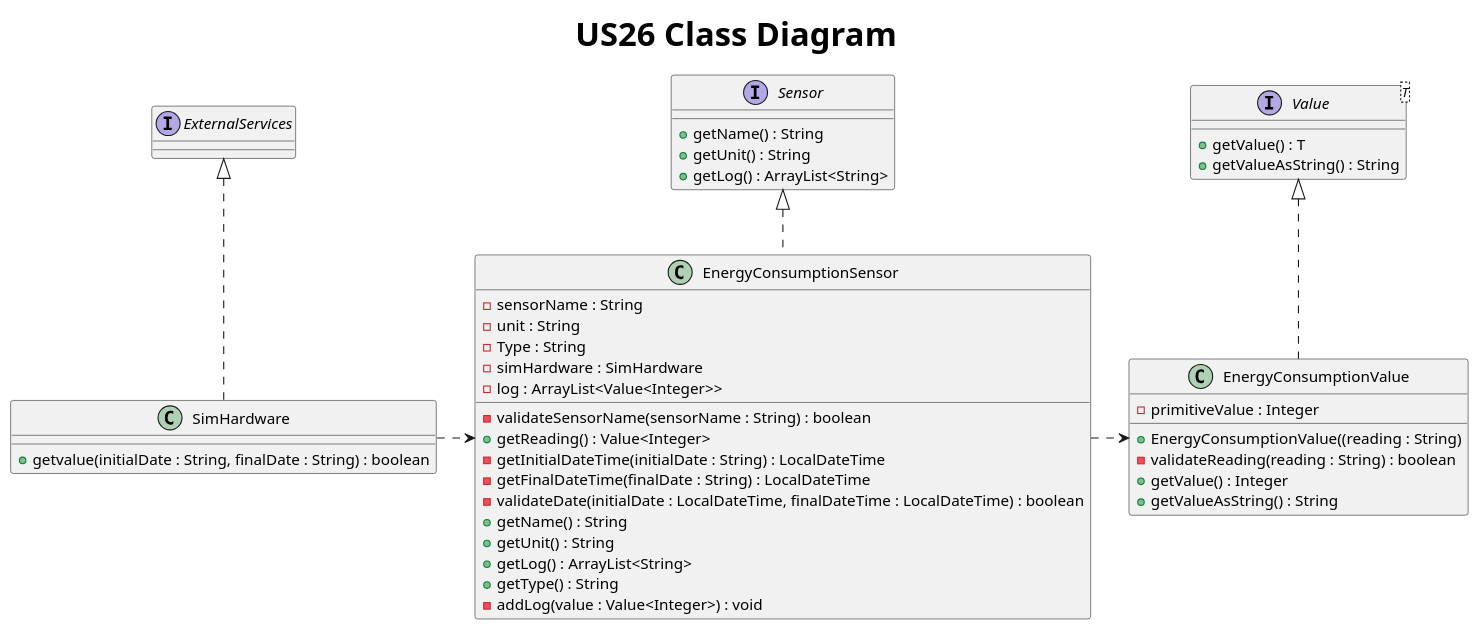
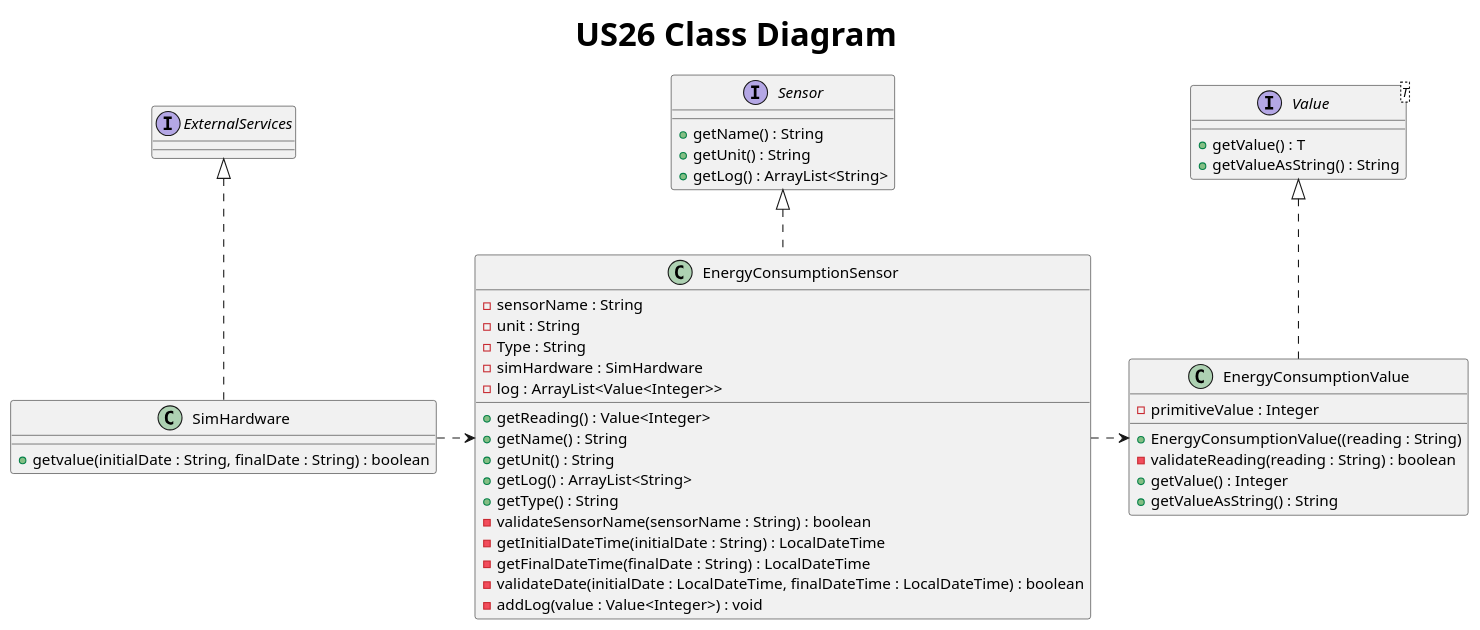
One commit to AfonsoNeves77/smartHouse changed the diagram in Docs/US26/S3U26ClassDiagram.puml. Above: the diagram before and after it, drawn with PlantUML. The commit also changed other lines of this file and 2 other files, not shown here.

Commit message:
Team review: small corrections to sensor class diagrams.

```diff
--- a/Docs/US26/S3U26ClassDiagram.puml
+++ b/Docs/US26/S3U26ClassDiagram.puml
@@ -1,58 +1,58 @@
 @startuml
 title <size: 30> US26 Class Diagram
 skinparam linetype ortho
 
 interface Sensor {
     + getName() : String
     + getUnit() : String
     + getLog() : ArrayList<String>
 }
 
 interface Value<T> {
     + getValue() : T
     + getValueAsString() : String
 }
 
 class SimHardware {
 + getvalue(initialDate : String, finalDate : String) : boolean
 }
 
 interface ExternalServices{}
 
 class EnergyConsumptionSensor{
     - sensorName : String
     - unit : String
     -Type : String
     - simHardware : SimHardware
     - log : ArrayList<Value<Integer>>
 
-    -validateSensorName(sensorName : String) : boolean
     +getReading() : Value<Integer>
-    -getInitialDateTime(initialDate : String) : LocalDateTime
-    -getFinalDateTime(finalDate : String) : LocalDateTime
-    -validateDate(initialDate : LocalDateTime, finalDateTime : LocalDateTime) : boolean
     +getName() : String
     +getUnit() : String
     +getLog() : ArrayList<String>
     +getType() : String
+    -validateSensorName(sensorName : String) : boolean
+    -getInitialDateTime(initialDate : String) : LocalDateTime
+    -getFinalDateTime(finalDate : String) : LocalDateTime
+    -validateDate(initialDate : LocalDateTime, finalDateTime : LocalDateTime) : boolean
     -addLog(value : Value<Integer>) : void
 
 }
 
 class EnergyConsumptionValue {
     - primitiveValue : Integer
 
     + EnergyConsumptionValue((reading : String)
     - validateReading(reading : String) : boolean
     + getValue() : Integer
     + getValueAsString() : String
 }
 
 Value <|.. EnergyConsumptionValue
 Sensor <|.. EnergyConsumptionSensor
 ExternalServices <|.. SimHardware
 EnergyConsumptionSensor <.left. SimHardware
 EnergyConsumptionSensor .right.> EnergyConsumptionValue
 
 
 @enduml
```
